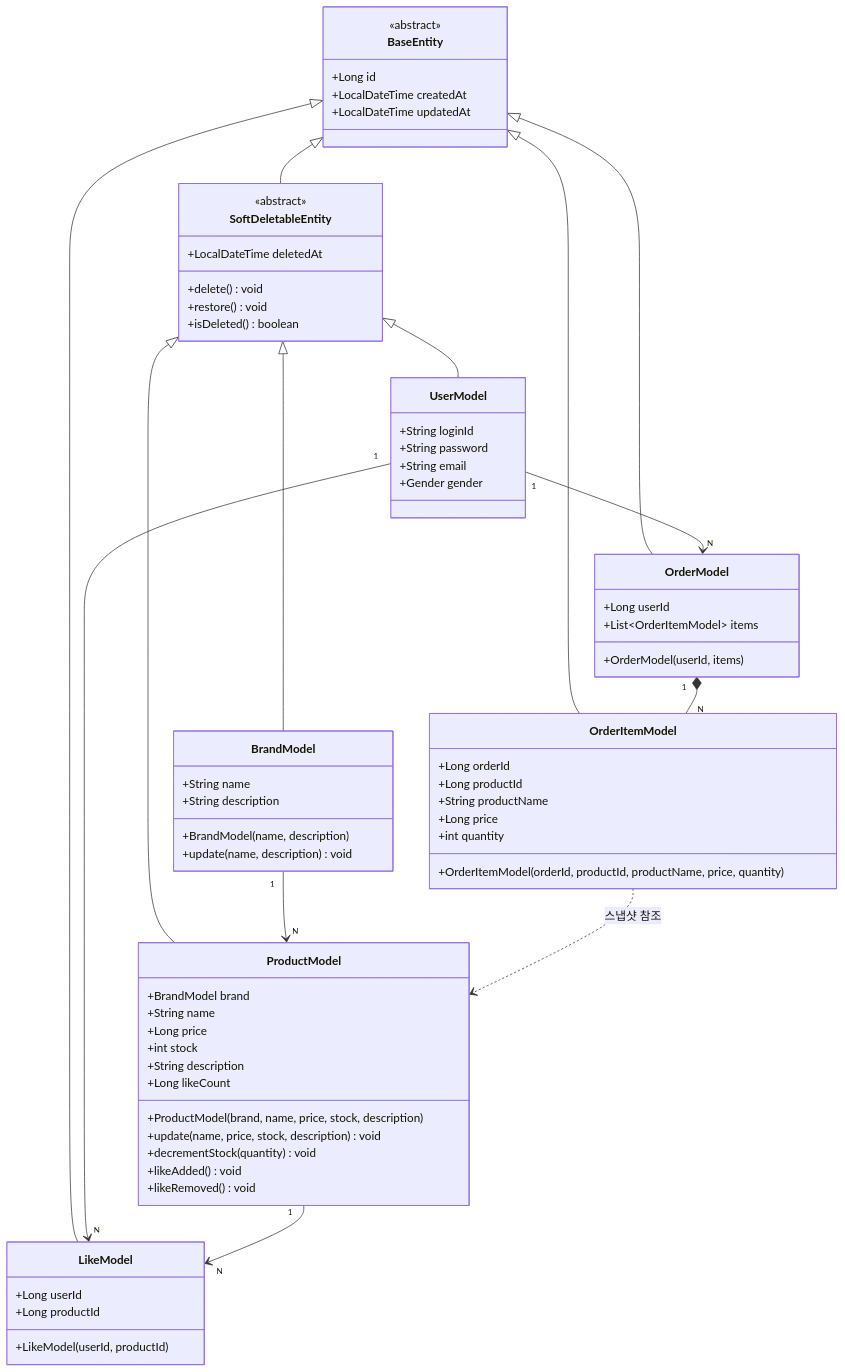
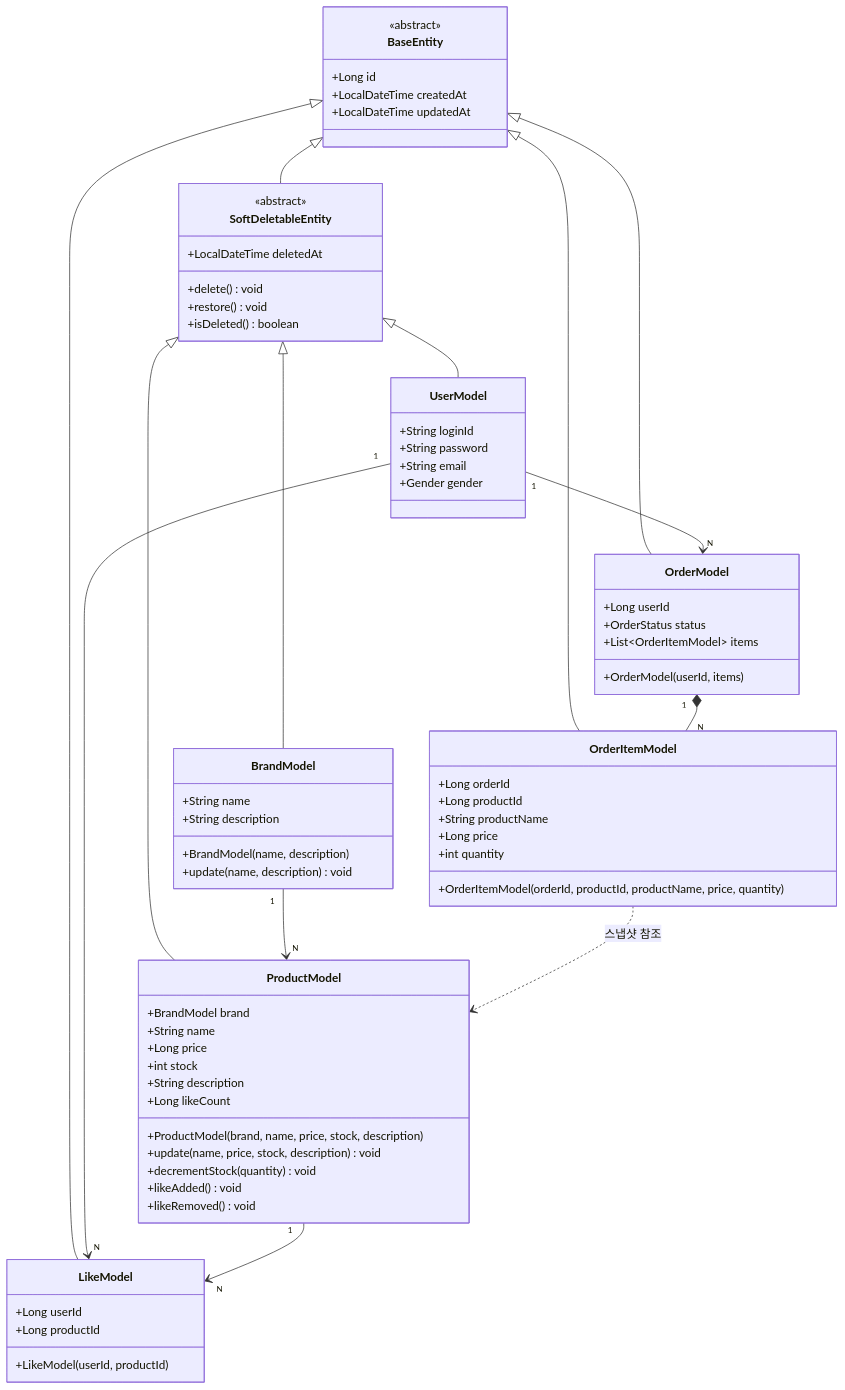
Before and after one commit to loopers-labs/loop-pack-be-l2-vol4-java: the diagram in .docs/design/03-class-diagram.md, drawn with Mermaid. The commit also changed 2 other files, not shown here.

Commit message:
docs: 시퀀스 다이어그램 activation bar 추가 및 설계 보완

````diff
--- a/.docs/design/03-class-diagram.md
+++ b/.docs/design/03-class-diagram.md
@@ -7,81 +7,82 @@
 ```mermaid
 classDiagram
     class BaseEntity {
         <<abstract>>
         +Long id
         +LocalDateTime createdAt
         +LocalDateTime updatedAt
     }
 
     class SoftDeletableEntity {
         <<abstract>>
         +LocalDateTime deletedAt
         +delete() void
         +restore() void
         +isDeleted() boolean
     }
 
     class UserModel {
         +String loginId
         +String password
         +String email
         +Gender gender
     }
 
     class BrandModel {
         +String name
         +String description
         +BrandModel(name, description)
         +update(name, description) void
     }
 
     class ProductModel {
         +BrandModel brand
         +String name
         +Long price
         +int stock
         +String description
         +Long likeCount
         +ProductModel(brand, name, price, stock, description)
         +update(name, price, stock, description) void
         +decrementStock(quantity) void
         +likeAdded() void
         +likeRemoved() void
     }
 
     class LikeModel {
         +Long userId
         +Long productId
         +LikeModel(userId, productId)
     }
 
     class OrderModel {
         +Long userId
+        +OrderStatus status
         +List~OrderItemModel~ items
         +OrderModel(userId, items)
     }
 
     class OrderItemModel {
         +Long orderId
         +Long productId
         +String productName
         +Long price
         +int quantity
         +OrderItemModel(orderId, productId, productName, price, quantity)
     }
 
     BaseEntity <|-- SoftDeletableEntity
     SoftDeletableEntity <|-- UserModel
     SoftDeletableEntity <|-- BrandModel
     SoftDeletableEntity <|-- ProductModel
     BaseEntity <|-- LikeModel
     BaseEntity <|-- OrderModel
     BaseEntity <|-- OrderItemModel
 
     BrandModel "1" --> "N" ProductModel
     UserModel "1" --> "N" LikeModel
     ProductModel "1" --> "N" LikeModel
     UserModel "1" --> "N" OrderModel
     OrderModel "1" *-- "N" OrderItemModel
     OrderItemModel ..> ProductModel : 스냅샷 참조
 ```
````
